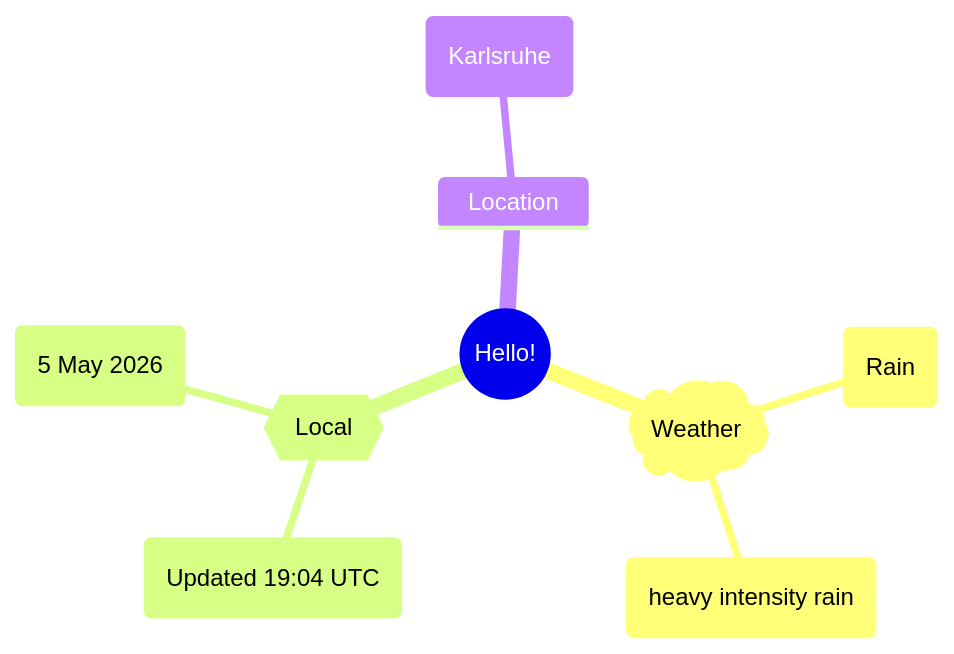
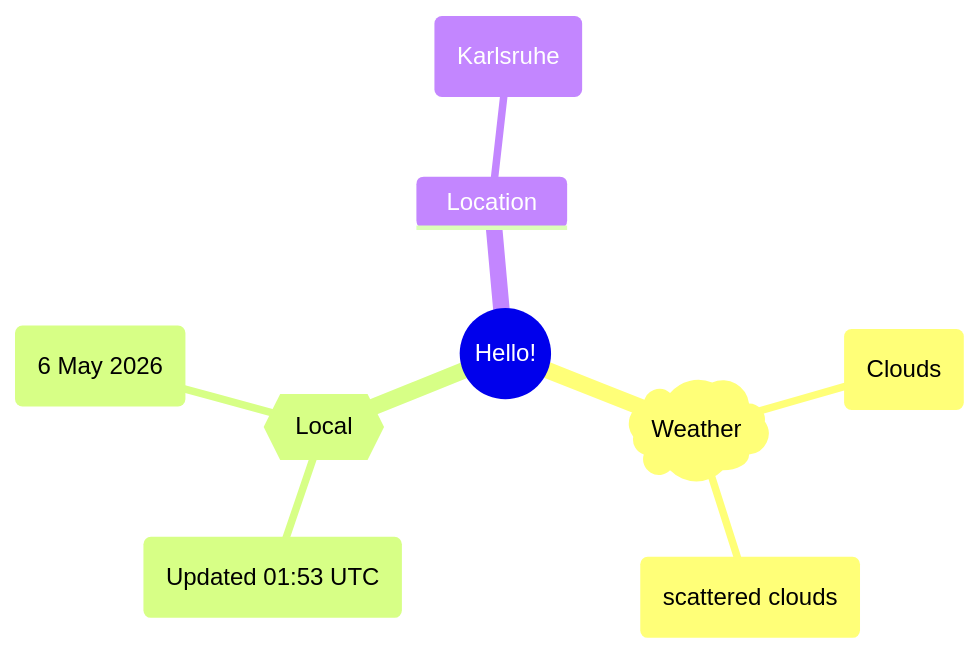
One commit to Xosrov/Xosrov changed the first of 2 diagrams in README.md. Above: the diagram before and after it, drawn with Mermaid.

Commit message:
[bot] updated images

````diff
--- a/README.md
+++ b/README.md
@@ -3,12 +3,12 @@
 ```mermaid
 mindmap
   root((Hello!))
     )Weather(
-        (Rain)
-        (heavy intensity rain)
+        (Clouds)
+        (scattered clouds)
     {{Local}}
-        (Updated 19:04 UTC)
-        (5 May 2026)
+        (Updated 01:53 UTC)
+        (6 May 2026)
     Location
         (Karlsruhe)
 ```
````
